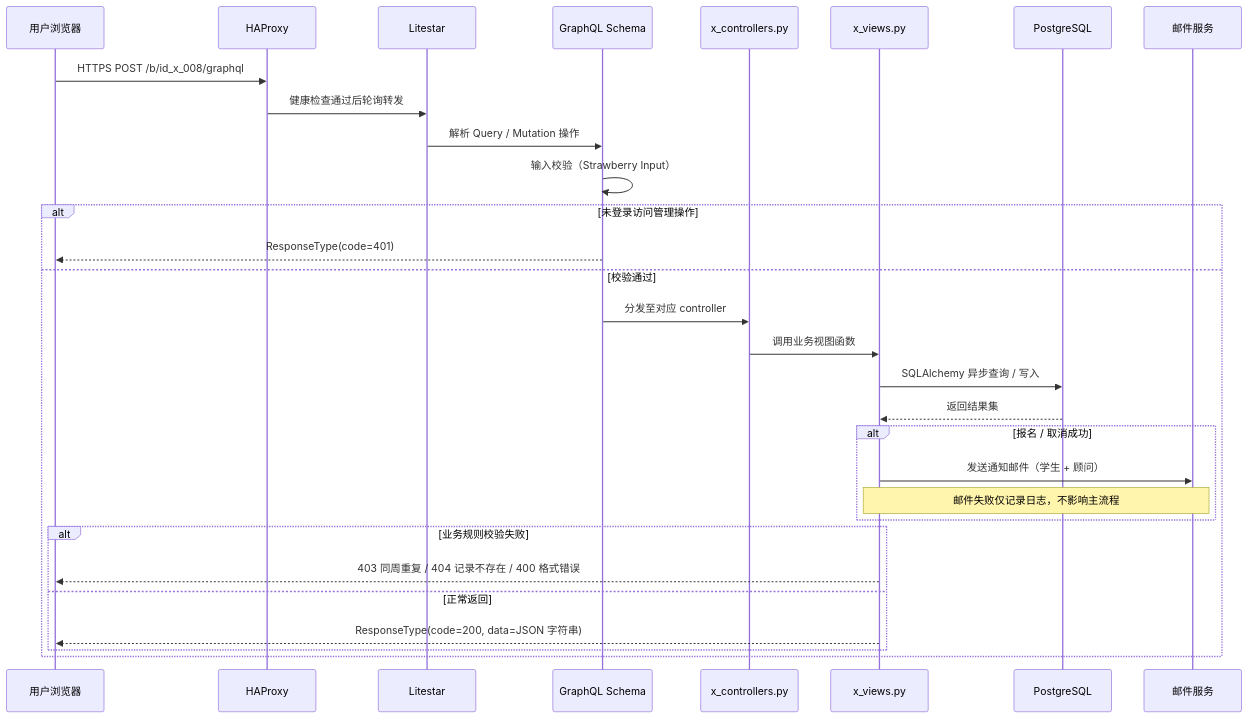
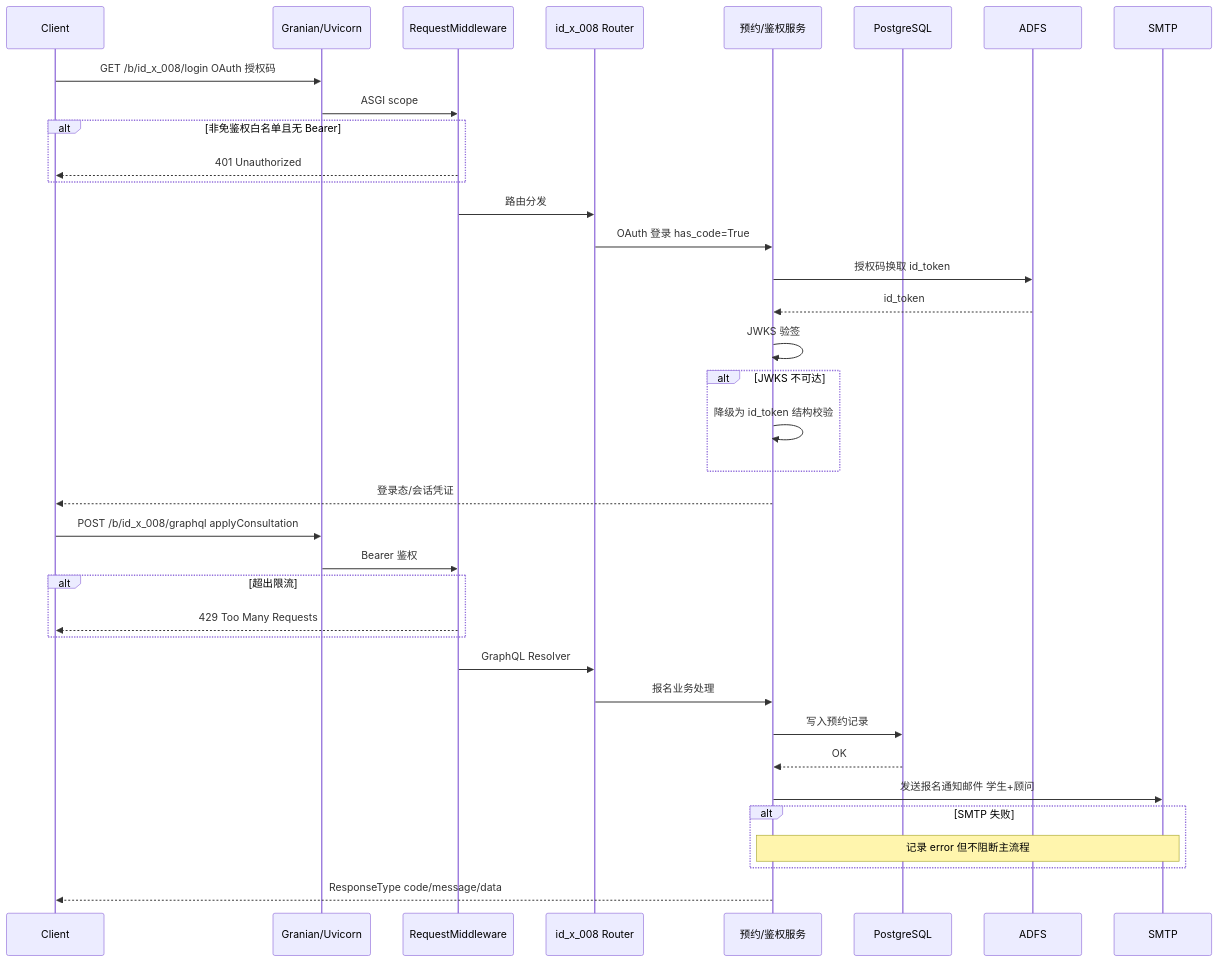
The second of 2 diagrams in README.md (i-TorchLabs/id_x_008), drawn with Mermaid before and after one commit. The commit also changed other lines of this file and 18 other files, not shown here.

````diff
--- a/README.md
+++ b/README.md
@@ -103,33 +115,41 @@
 ```mermaid
 sequenceDiagram
-    participant U as 用户浏览器
-    participant H as HAProxy
-    participant L as Litestar
-    participant G as GraphQL Schema
-    participant C as x_controllers.py
-    participant V as x_views.py
-    participant D as PostgreSQL
-    participant M as 邮件服务
+    participant CL as Client
+    participant GW as Granian/Uvicorn
+    participant MW as RequestMiddleware
+    participant RT as id_x_008 Router
+    participant SVC as 预约/鉴权服务
+    participant DB as PostgreSQL
+    participant ADFS as ADFS
+    participant SMTP as SMTP
 
-    U->>H: HTTPS POST /b/id_x_008/graphql
-    H->>L: 健康检查通过后轮询转发
-    L->>G: 解析 Query / Mutation 操作
-    G->>G: 输入校验（Strawberry Input）
-    alt 未登录访问管理操作
-        G-->>U: ResponseType(code=401)
-    else 校验通过
-        G->>C: 分发至对应 controller
-        C->>V: 调用业务视图函数
-        V->>D: SQLAlchemy 异步查询 / 写入
-        D-->>V: 返回结果集
-        alt 报名 / 取消成功
-            V->>M: 发送通知邮件（学生 + 顾问）
-            Note over V,M: 邮件失败仅记录日志，不影响主流程
-        end
-        alt 业务规则校验失败
-            V-->>U: 403 同周重复 / 404 记录不存在 / 400 格式错误
-        else 正常返回
-            V-->>U: ResponseType(code=200, data=JSON 字符串)
-        end
+    CL->>GW: GET /b/id_x_008/login OAuth 授权码
+    GW->>MW: ASGI scope
+    alt 非免鉴权白名单且无 Bearer
+        MW-->>CL: 401 Unauthorized
     end
+    MW->>RT: 路由分发
+    RT->>SVC: OAuth 登录 has_code=True
+    SVC->>ADFS: 授权码换取 id_token
+    ADFS-->>SVC: id_token
+    SVC->>SVC: JWKS 验签
+    alt JWKS 不可达
+        SVC->>SVC: 降级为 id_token 结构校验
+    end
+    SVC-->>CL: 登录态/会话凭证
+
+    CL->>GW: POST /b/id_x_008/graphql applyConsultation
+    GW->>MW: Bearer 鉴权
+    alt 超出限流
+        MW-->>CL: 429 Too Many Requests
+    end
+    MW->>RT: GraphQL Resolver
+    RT->>SVC: 报名业务处理
+    SVC->>DB: 写入预约记录
+    DB-->>SVC: OK
+    SVC->>SMTP: 发送报名通知邮件 学生+顾问
+    alt SMTP 失败
+        Note over SVC,SMTP: 记录 error 但不阻断主流程
+    end
+    SVC-->>CL: ResponseType code/message/data
 ```
````
